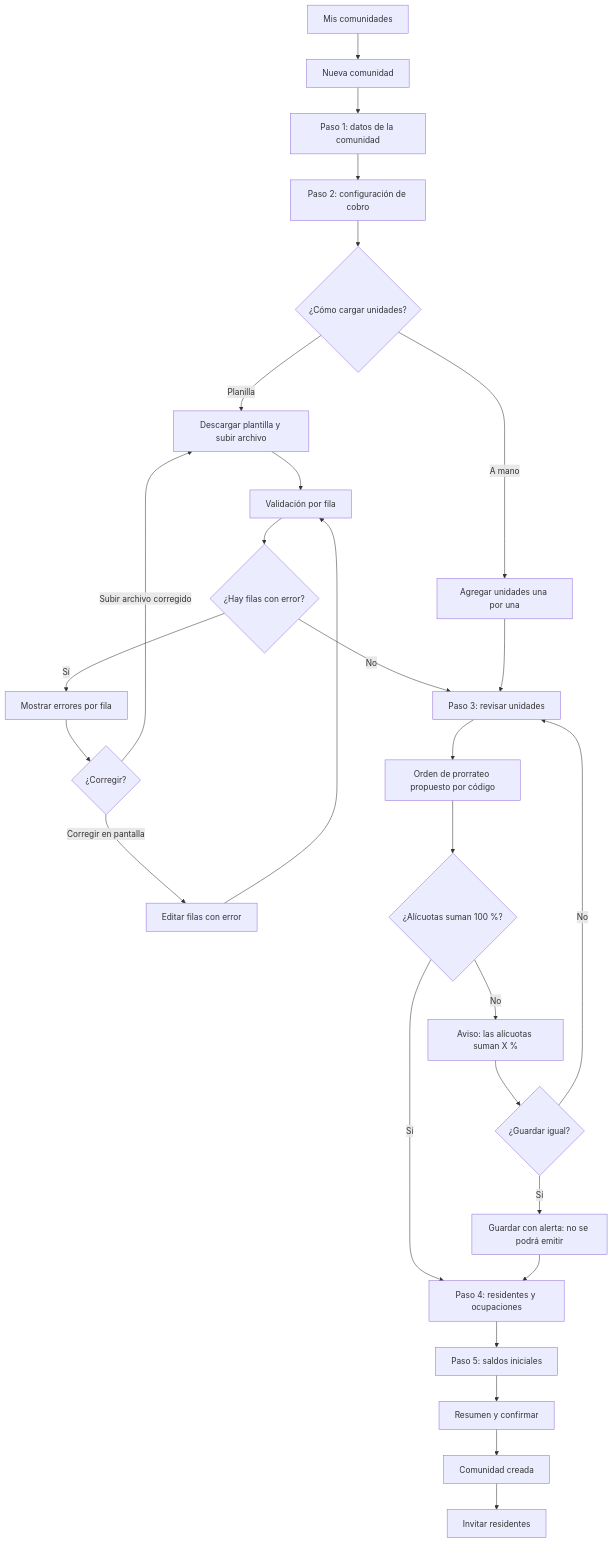
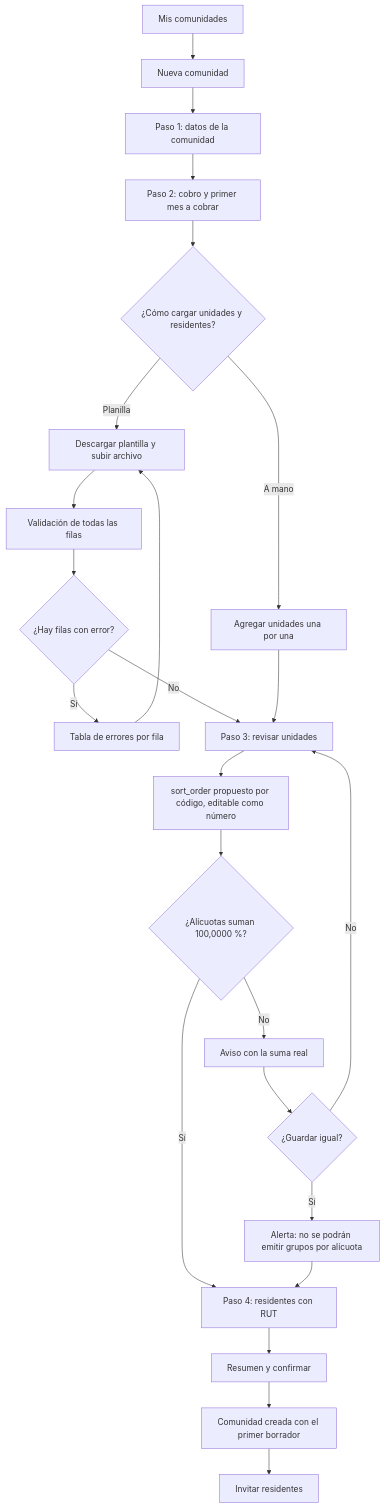
One commit to misterexcel/ComVive changed the diagram in docs/design/flujos/admin-alta-comunidad.md. Above: the diagram before and after it, drawn with Mermaid. The commit also changed other lines of this file and 10 other files, not shown here.

First line of the commit message:
docs: apply critical reviews to spec, design flows and architecture

````diff
--- a/docs/design/flujos/admin-alta-comunidad.md
+++ b/docs/design/flujos/admin-alta-comunidad.md
@@ -11,30 +19,26 @@
 ```mermaid
 flowchart TD
   A["Mis comunidades"] --> B["Nueva comunidad"]
   B --> C["Paso 1: datos de la comunidad"]
-  C --> D["Paso 2: configuración de cobro"]
-  D --> E{"¿Cómo cargar unidades?"}
+  C --> D["Paso 2: cobro y primer mes a cobrar"]
+  D --> E{"¿Cómo cargar unidades y residentes?"}
   E -->|Planilla| F["Descargar plantilla y subir archivo"]
   E -->|A mano| G["Agregar unidades una por una"]
-  F --> H["Validación por fila"]
+  F --> H["Validación de todas las filas"]
   H --> I{"¿Hay filas con error?"}
-  I -->|Sí| J["Mostrar errores por fila"]
-  J --> K{"¿Corregir?"}
-  K -->|Subir archivo corregido| F
-  K -->|Corregir en pantalla| L["Editar filas con error"]
-  L --> H
-  I -->|No| M["Paso 3: revisar unidades"]
-  G --> M
-  M --> N["Orden de prorrateo propuesto por código"]
-  N --> O{"¿Alícuotas suman 100 %?"}
-  O -->|No| P["Aviso: las alícuotas suman X %"]
-  P --> Q{"¿Guardar igual?"}
-  Q -->|Sí| R["Guardar con alerta: no se podrá emitir"]
-  Q -->|No| M
-  O -->|Sí| S["Paso 4: residentes y ocupaciones"]
-  R --> S
-  S --> T["Paso 5: saldos iniciales"]
-  T --> U["Resumen y confirmar"]
-  U --> V["Comunidad creada"]
-  V --> W["Invitar residentes"]
+  I -->|Sí| J["Tabla de errores por fila"]
+  J --> F
+  I -->|No| K["Paso 3: revisar unidades"]
+  G --> K
+  K --> L["sort_order propuesto por código, editable como número"]
+  L --> M{"¿Alícuotas suman 100,0000 %?"}
+  M -->|No| N["Aviso con la suma real"]
+  N --> O{"¿Guardar igual?"}
+  O -->|No| K
+  O -->|Sí| P["Alerta: no se podrán emitir grupos por alícuota"]
+  M -->|Sí| Q["Paso 4: residentes con RUT"]
+  P --> Q
+  Q --> R["Resumen y confirmar"]
+  R --> S["Comunidad creada con el primer borrador"]
+  S --> T["Invitar residentes"]
 ```
````
